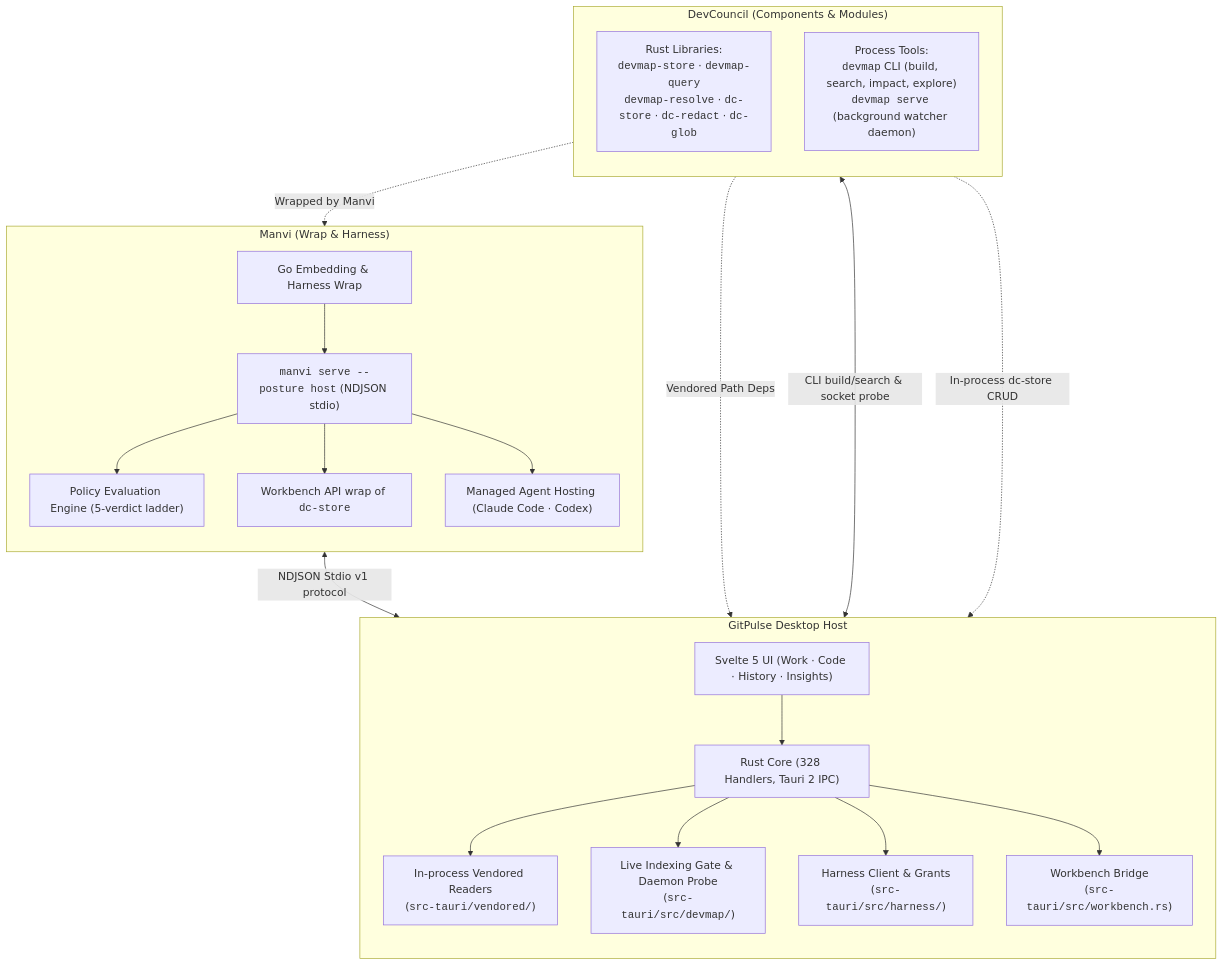
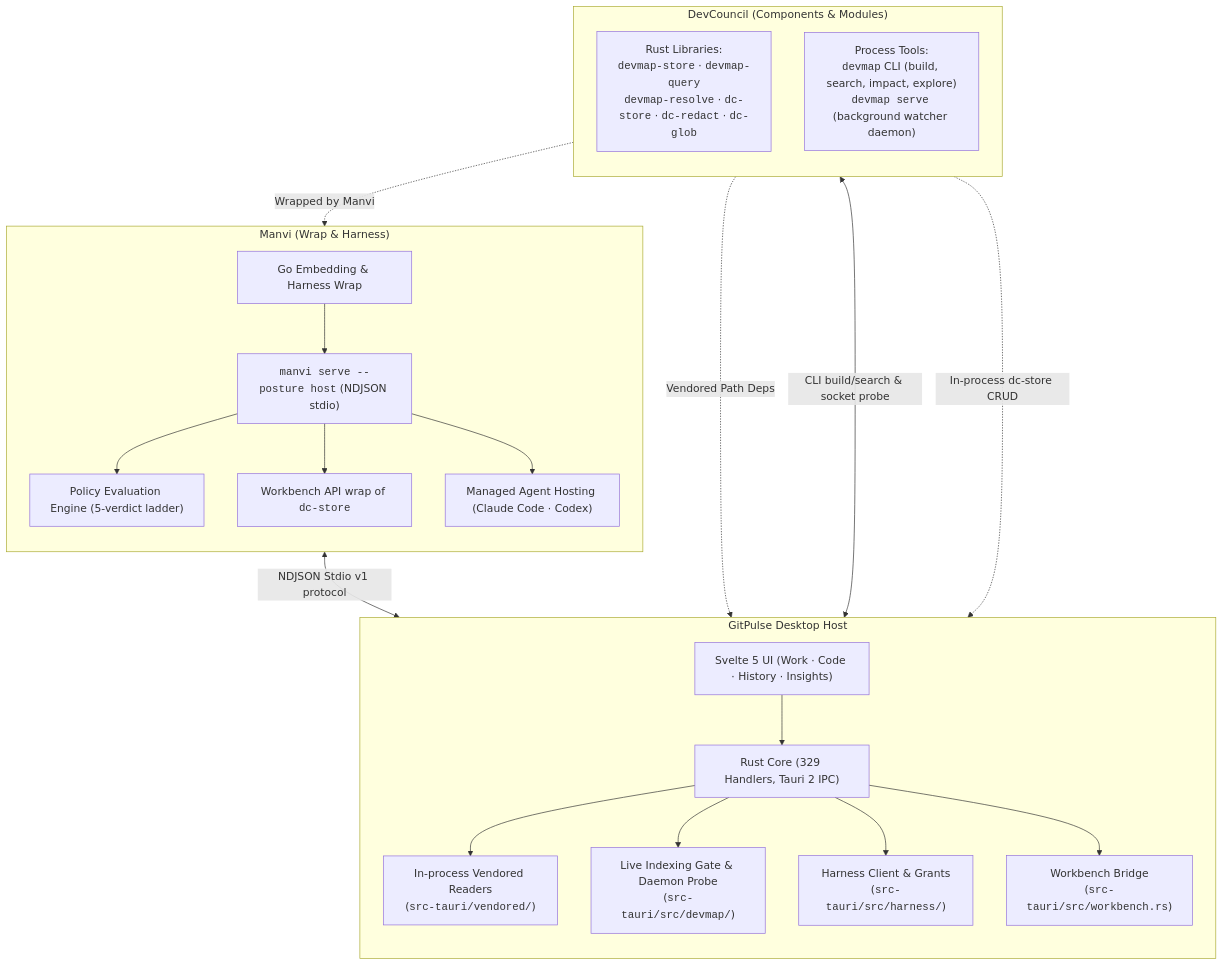
One commit to bharathvbcr/GitPulse changed the first of 3 diagrams in docs/MODULE_INTEGRATION.md. Above: the diagram before and after it, drawn with Mermaid. The commit also changed 25 other files, not shown here.

````diff
--- a/docs/MODULE_INTEGRATION.md
+++ b/docs/MODULE_INTEGRATION.md
@@ -40,43 +40,43 @@
 ```mermaid
 flowchart TD
     subgraph DevCouncil["DevCouncil (Components & Modules)"]
         direction TB
         DCLibs["Rust Libraries:<br/><code>devmap-store</code> · <code>devmap-query</code><br/><code>devmap-resolve</code> · <code>dc-store</code> · <code>dc-redact</code> · <code>dc-glob</code>"]
         DCCLI["Process Tools:<br/><code>devmap</code> CLI (build, search, impact, explore)<br/><code>devmap serve</code> (background watcher daemon)"]
     end
 
     subgraph Manvi["Manvi (Wrap & Harness)"]
         direction TB
         ManviWrap["Go Embedding & Harness Wrap"]
         ManviSidecar["<code>manvi serve --posture host</code> (NDJSON stdio)"]
         ManviPolicy["Policy Evaluation Engine (5-verdict ladder)"]
         ManviWorkbench["Workbench API wrap of <code>dc-store</code>"]
         ManviAgents["Managed Agent Hosting (Claude Code · Codex)"]
         ManviWrap --> ManviSidecar
         ManviSidecar --> ManviPolicy
         ManviSidecar --> ManviWorkbench
         ManviSidecar --> ManviAgents
     end
 
     subgraph GitPulseHost["GitPulse Desktop Host"]
         direction TB
         UIHost["Svelte 5 UI (Work · Code · History · Insights)"]
-        RustIPC["Rust Core (328 Handlers, Tauri 2 IPC)"]
+        RustIPC["Rust Core (329 Handlers, Tauri 2 IPC)"]
         InProcessReaders["In-process Vendored Readers<br/>(<code>src-tauri/vendored/</code>)"]
         CLIGate["Live Indexing Gate & Daemon Probe<br/>(<code>src-tauri/src/devmap/</code>)"]
         HarnessClient["Harness Client & Grants<br/>(<code>src-tauri/src/harness/</code>)"]
         WorkbenchCmd["Workbench Bridge<br/>(<code>src-tauri/src/workbench.rs</code>)"]
 
         UIHost --> RustIPC
         RustIPC --> InProcessReaders
         RustIPC --> CLIGate
         RustIPC --> HarnessClient
         RustIPC --> WorkbenchCmd
     end
 
     DCLibs -.->|Vendored Path Deps| InProcessReaders
     DCCLI <-->|CLI build/search & socket probe| CLIGate
     DCLibs -.->|Wrapped by Manvi| ManviWorkbench
     ManviSidecar <-->|NDJSON Stdio v1 protocol| HarnessClient
     DCLibs -.->|In-process dc-store CRUD| WorkbenchCmd
 ```
````
